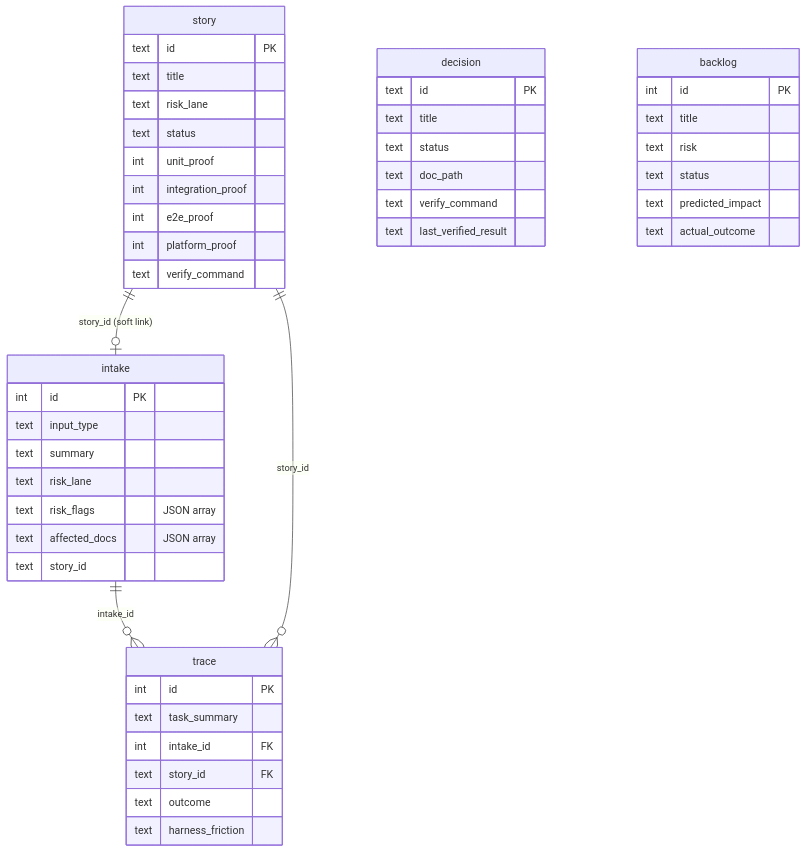
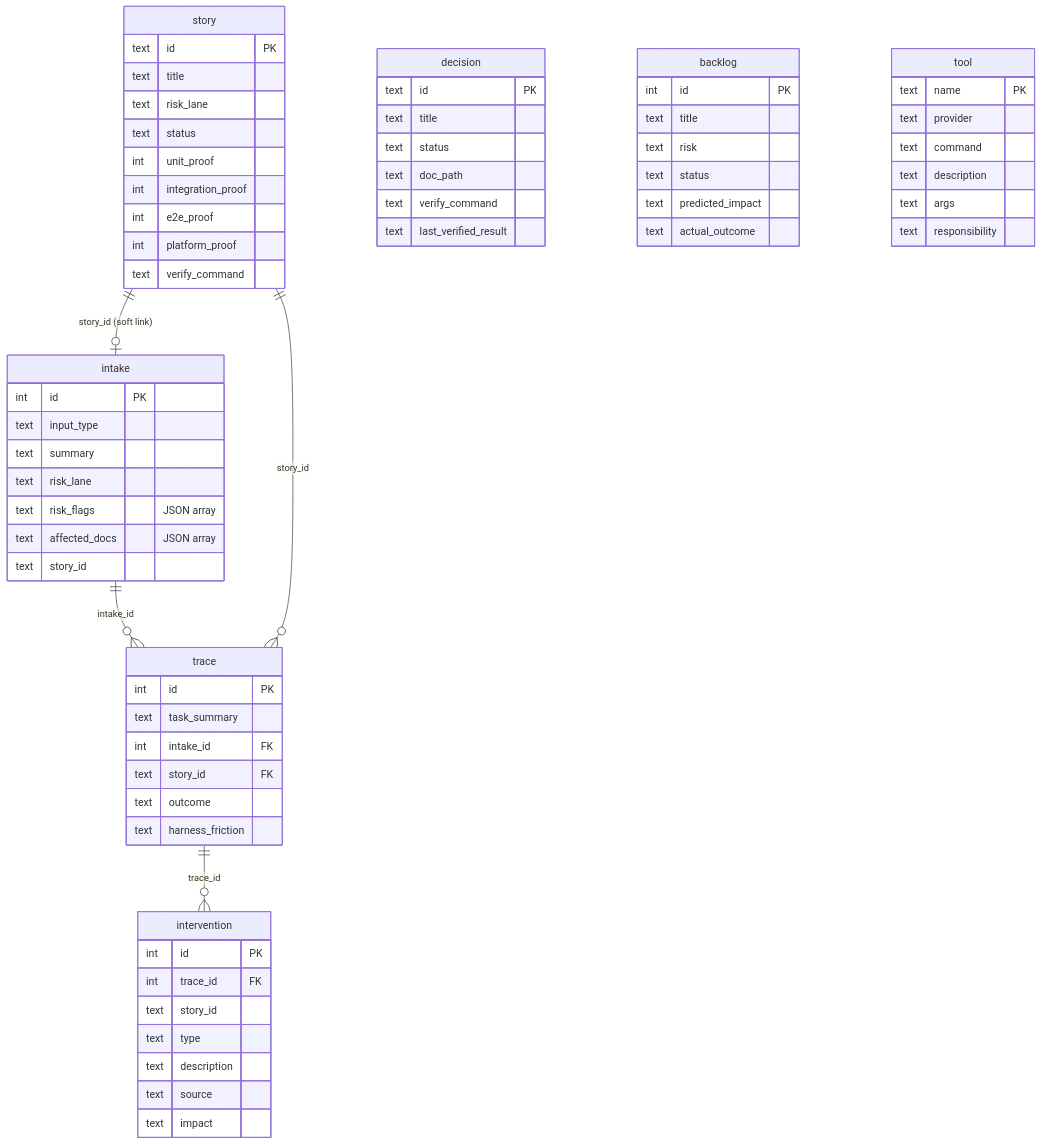
One commit to haketienloc10/harness-lite changed the diagram in docs/wiki/data-model.md. Above: the diagram before and after it, drawn with Mermaid. The commit also changed other lines of this file and 7 other files, not shown here.

````diff
--- a/docs/wiki/data-model.md
+++ b/docs/wiki/data-model.md
@@ -24,50 +29,68 @@
 ```mermaid
 erDiagram
   intake {
     int id PK
     text input_type
     text summary
     text risk_lane
     text risk_flags "JSON array"
     text affected_docs "JSON array"
     text story_id
   }
   story {
     text id PK
     text title
     text risk_lane
     text status
     int unit_proof
     int integration_proof
     int e2e_proof
     int platform_proof
     text verify_command
   }
   decision {
     text id PK
     text title
     text status
     text doc_path
     text verify_command
     text last_verified_result
   }
   backlog {
     int id PK
     text title
     text risk
     text status
     text predicted_impact
     text actual_outcome
   }
   trace {
     int id PK
     text task_summary
     int intake_id FK
     text story_id FK
     text outcome
     text harness_friction
   }
+  tool {
+    text name PK
+    text provider
+    text command
+    text description
+    text args
+    text responsibility
+  }
+  intervention {
+    int id PK
+    int trace_id FK
+    text story_id
+    text type
+    text description
+    text source
+    text impact
+  }
   intake ||--o{ trace : "intake_id"
   story ||--o{ trace : "story_id"
   story ||--o| intake : "story_id (soft link)"
+  trace ||--o{ intervention : "trace_id"
 ```
````
